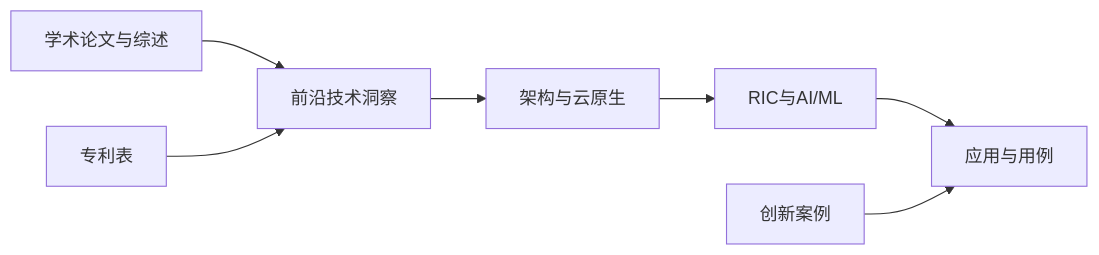
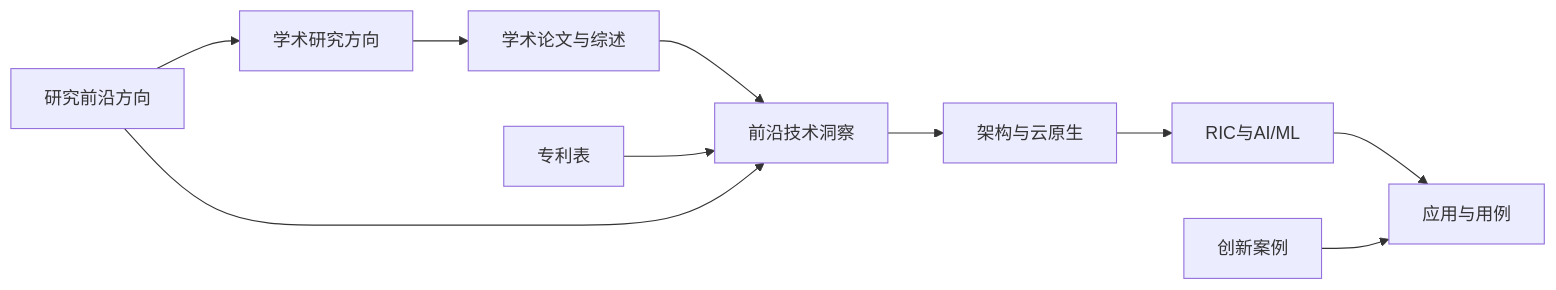
The seventh of 7 diagrams in .qoder/repowiki/zh/content/未来发展/研究前沿动态/研究前沿动态.md (allengaller/oran-database), drawn with Mermaid before and after one commit. The commit also changed other lines of this file and 32 other files, not shown here.

````diff
--- a/.qoder/repowiki/zh/content/未来发展/研究前沿动态/研究前沿动态.md
+++ b/.qoder/repowiki/zh/content/未来发展/研究前沿动态/研究前沿动态.md
@@ -262,9 +409,12 @@
 ```mermaid
 graph LR
 Papers["学术论文与综述"] --> Tech["前沿技术洞察"]
 Tech --> Arch["架构与云原生"]
 Arch --> RIC["RIC与AI/ML"]
 RIC --> Apps["应用与用例"]
 Pat["专利表"] --> Tech
 Case["创新案例"] --> Apps
+Frontier["研究前沿方向"] --> Tech
+Frontier --> Research["学术研究方向"]
+Research --> Papers
 ```
````
